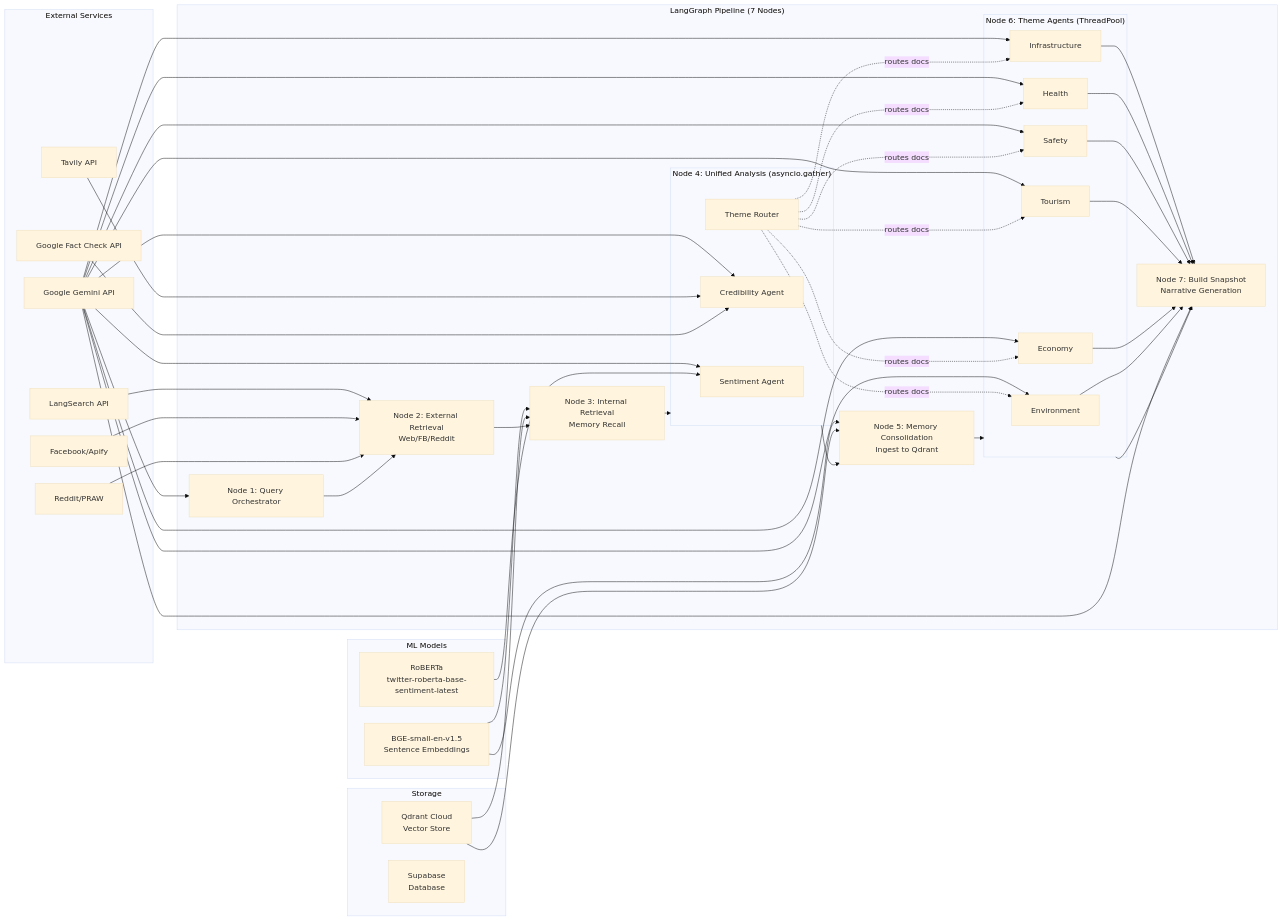
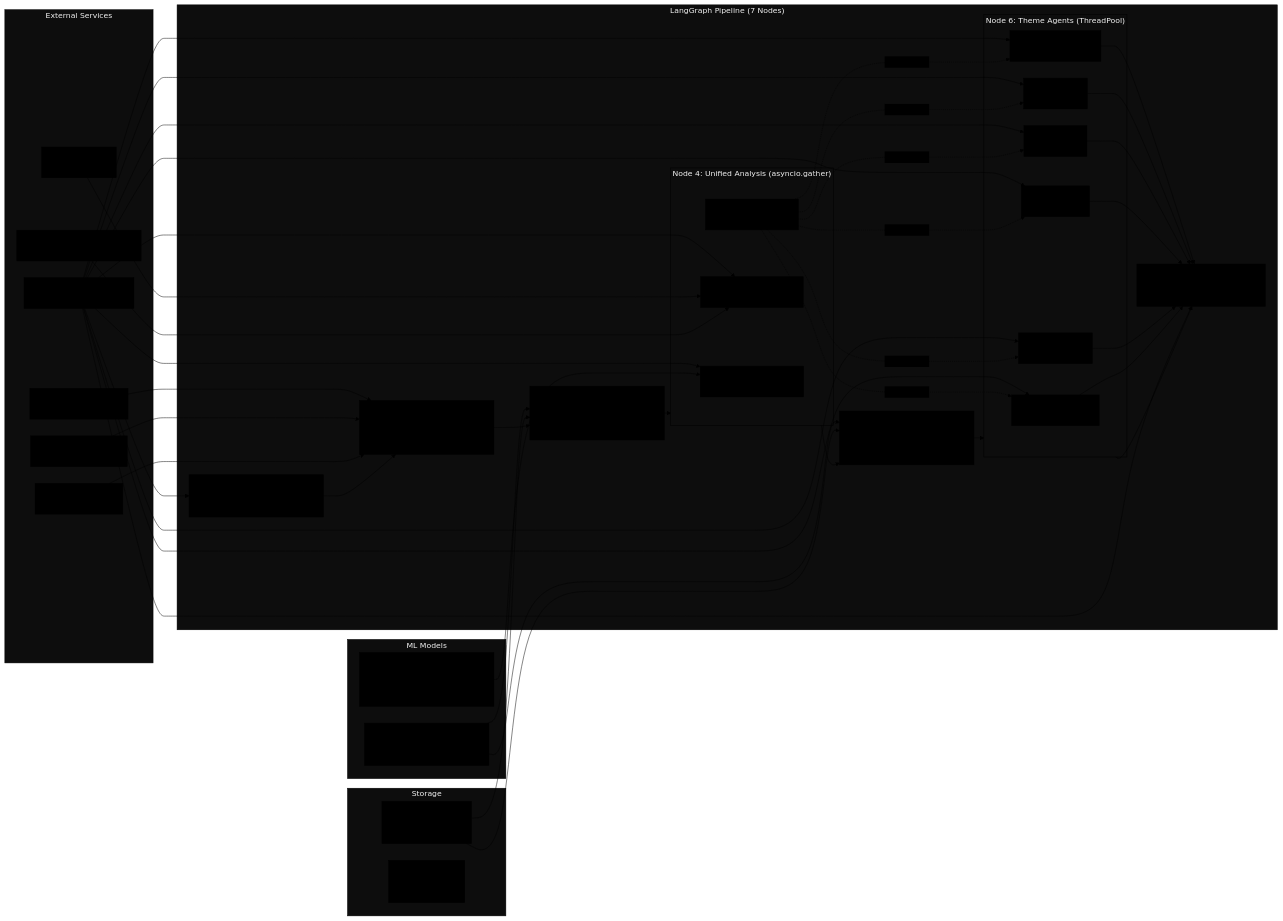
Before and after one commit to donyelqt/Hinaing: the third of 8 diagrams in docs/ARCHITECTURE.md, drawn with Mermaid. The commit also changed other lines of this file, not shown here.

First line of the commit message:
docs(architecture): add explicit color theme configurations to Mermaid diagrams

````diff
--- a/docs/ARCHITECTURE.md
+++ b/docs/ARCHITECTURE.md
@@ -297,7 +307,11 @@
 ```mermaid
 %%{init: {'theme': 'base', 'themeVariables': { 
+  'primaryColor': '#000000',
+  'primaryTextColor': '#000000',
+  'secondaryColor': '#000000',
   'primaryFontSize': '16px',
-  'secondaryFontSize': '13px'
+  'secondaryFontSize': '13px',
+  'lineColor': '#000000'
  }, 'flowchart': {
   'padding': 20,
   'nodeSpacing': 35,
````
